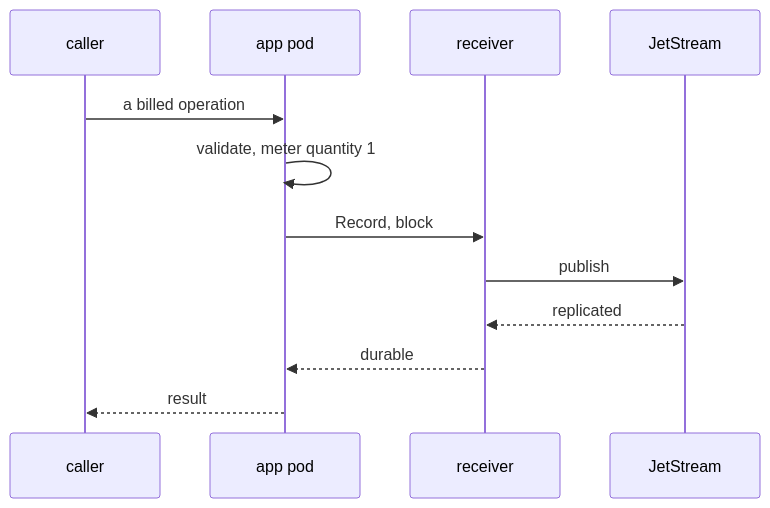
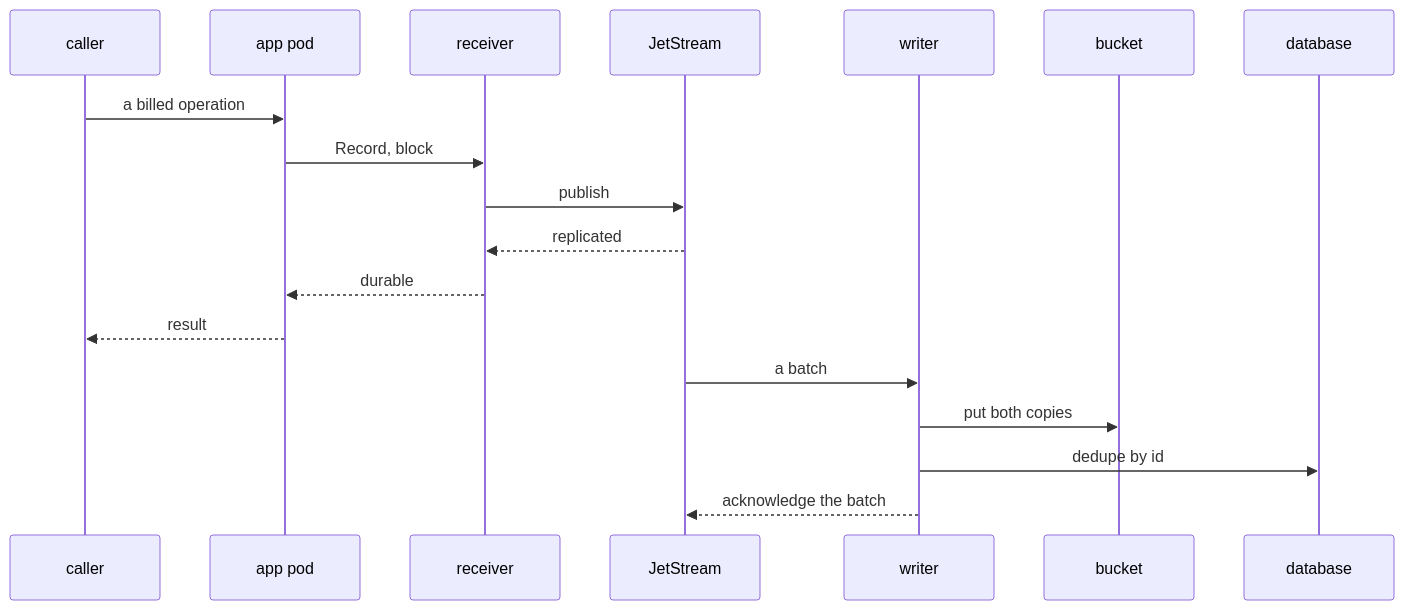
Before and after one commit to truvity/sluis: the third of 3 diagrams in docs/concepts/audit/stream-mode.md, drawn with Mermaid. The commit also changed other lines of this file and 61 other files, not shown here.

````diff
--- a/docs/concepts/audit/stream-mode.md
+++ b/docs/concepts/audit/stream-mode.md
@@ -56,14 +53,20 @@
 ```mermaid
 sequenceDiagram
   participant C as caller
   participant A as app pod
   participant R as receiver
   participant N as JetStream
+  participant W as writer
+  participant S3 as bucket
+  participant PG as database
   C->>A: a billed operation
-  A->>A: validate, meter quantity 1
   A->>R: Record, block
   R->>N: publish
   N-->>R: replicated
   R-->>A: durable
   A-->>C: result
+  N->>W: a batch
+  W->>S3: put both copies
+  W->>PG: dedupe by id
+  W-->>N: acknowledge the batch
 ```
````
